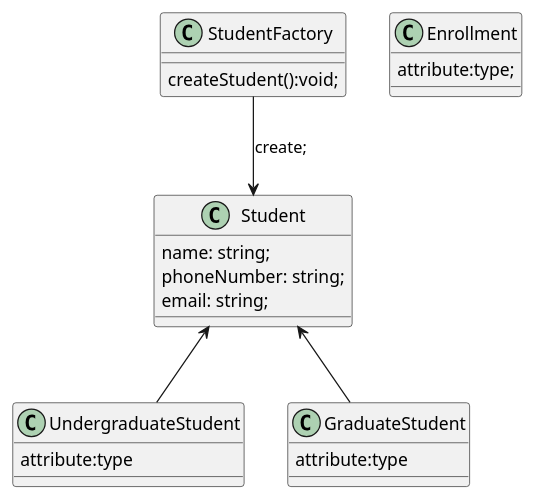
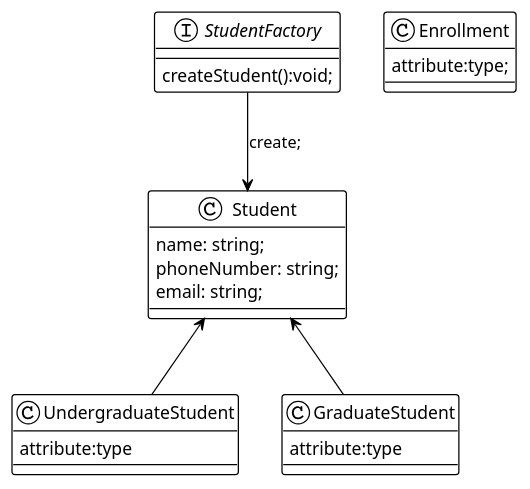
One commit to johnnybinh/ooad_lab changed the diagram in lab2/diagram.plantuml. Above: the diagram before and after it, drawn with PlantUML. The commit also changed 1 other file, not shown here.

```diff
--- a/lab2/diagram.plantuml
+++ b/lab2/diagram.plantuml
@@ -2,34 +2,35 @@
 @startuml
+!theme plain
 
 class Student{
 name: string;
 phoneNumber: string;
 email: string;
 }
 
 
 class UndergraduateStudent{
   attribute:type
 }
 
 class GraduateStudent{
   attribute:type
 }
 
 
-class StudentFactory{
+interface StudentFactory{
   createStudent():void;
 }
 
 class Enrollment{
-attribute:type;
+  attribute:type;
 }
 
 
 StudentFactory-down->Student:create;
 UndergraduateStudent-up->Student
 GraduateStudent-up->Student
 
 
 
 @enduml
```
